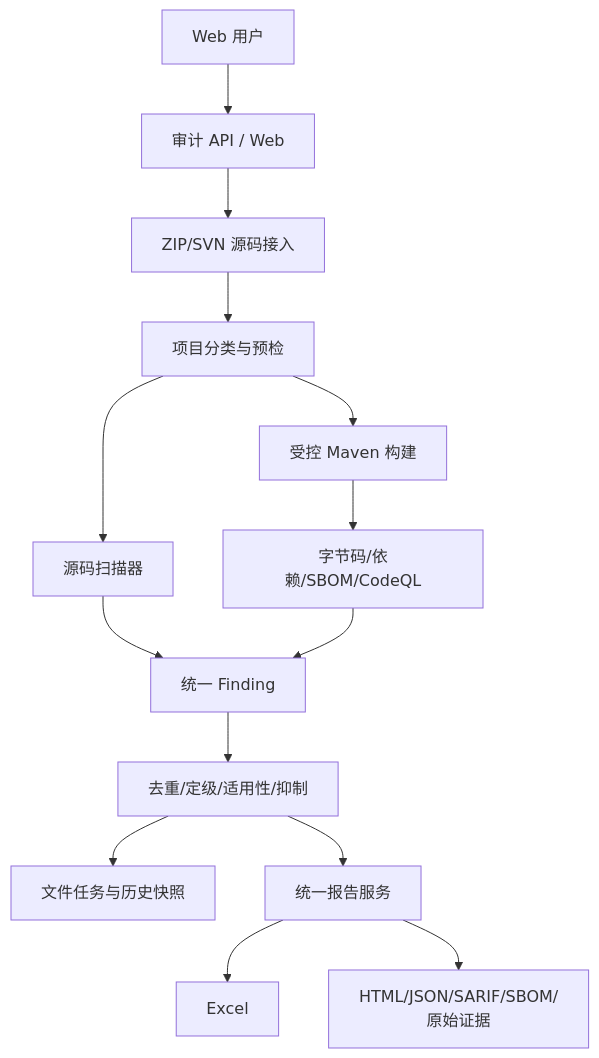
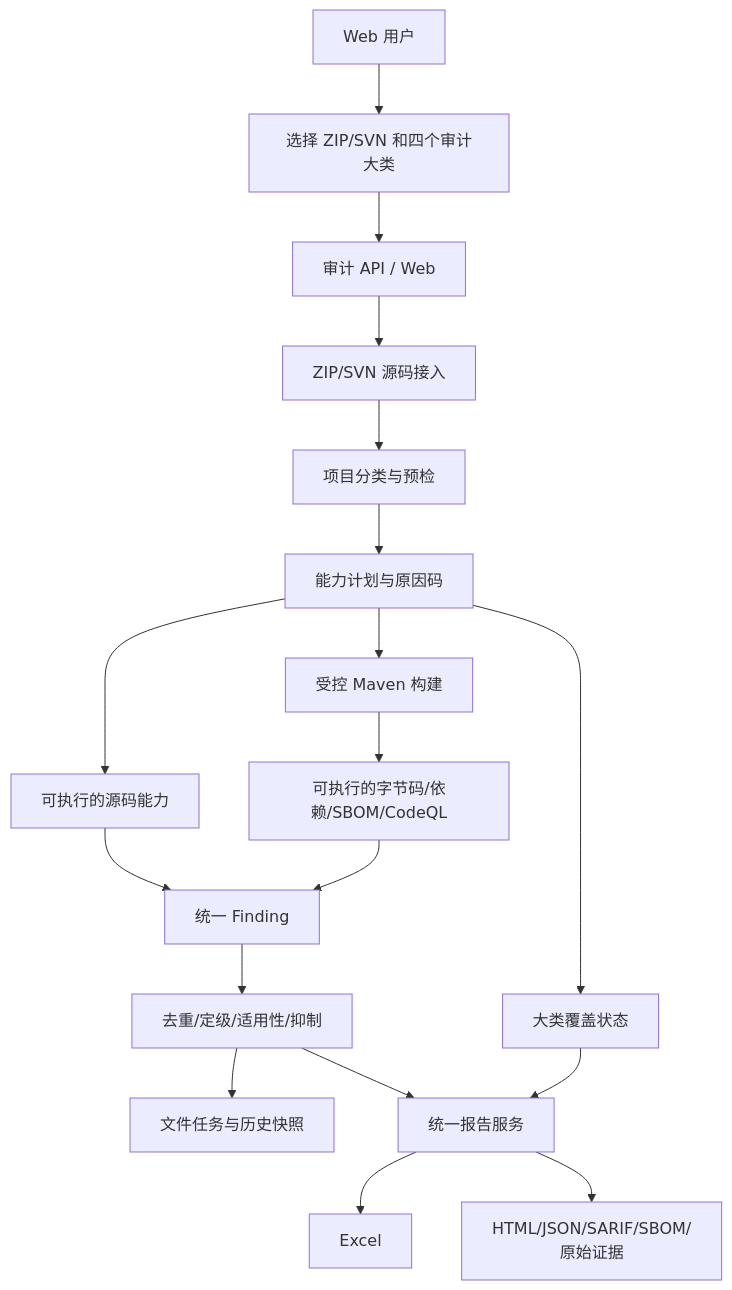
The second of 2 diagrams in docs/research-results/sonarqube-community-and-15-engine-consolidation-decision-2026-08-20.md (uprxiao/java-code-audit-platform), drawn with Mermaid before and after one commit. The commit also changed other lines of this file, not shown here.

````diff
--- a/docs/research-results/sonarqube-community-and-15-engine-consolidation-decision-2026-08-20.md
+++ b/docs/research-results/sonarqube-community-and-15-engine-consolidation-decision-2026-08-20.md
@@ -626,16 +840,20 @@
 ```mermaid
 flowchart TB
-    U["Web 用户"] --> API["审计 API / Web"]
+    U["Web 用户"] --> SELECT["选择 ZIP/SVN 和四个审计大类"]
+    SELECT --> API["审计 API / Web"]
     API --> INTAKE["ZIP/SVN 源码接入"]
     INTAKE --> CLASSIFY["项目分类与预检"]
-    CLASSIFY --> BUILD["受控 Maven 构建"]
-    CLASSIFY --> SOURCE["源码扫描器"]
-    BUILD --> BINARY["字节码/依赖/SBOM/CodeQL"]
+    CLASSIFY --> PLAN["能力计划与原因码"]
+    PLAN --> BUILD["受控 Maven 构建"]
+    PLAN --> SOURCE["可执行的源码能力"]
+    BUILD --> BINARY["可执行的字节码/依赖/SBOM/CodeQL"]
     SOURCE --> NORMALIZE["统一 Finding"]
     BINARY --> NORMALIZE
     NORMALIZE --> GOVERN["去重/定级/适用性/抑制"]
+    PLAN --> COVERAGE["大类覆盖状态"]
     GOVERN --> STORE["文件任务与历史快照"]
     GOVERN --> REPORT["统一报告服务"]
+    COVERAGE --> REPORT
     REPORT --> XLSX["Excel"]
     REPORT --> ARCHIVE["HTML/JSON/SARIF/SBOM/原始证据"]
 ```
````
